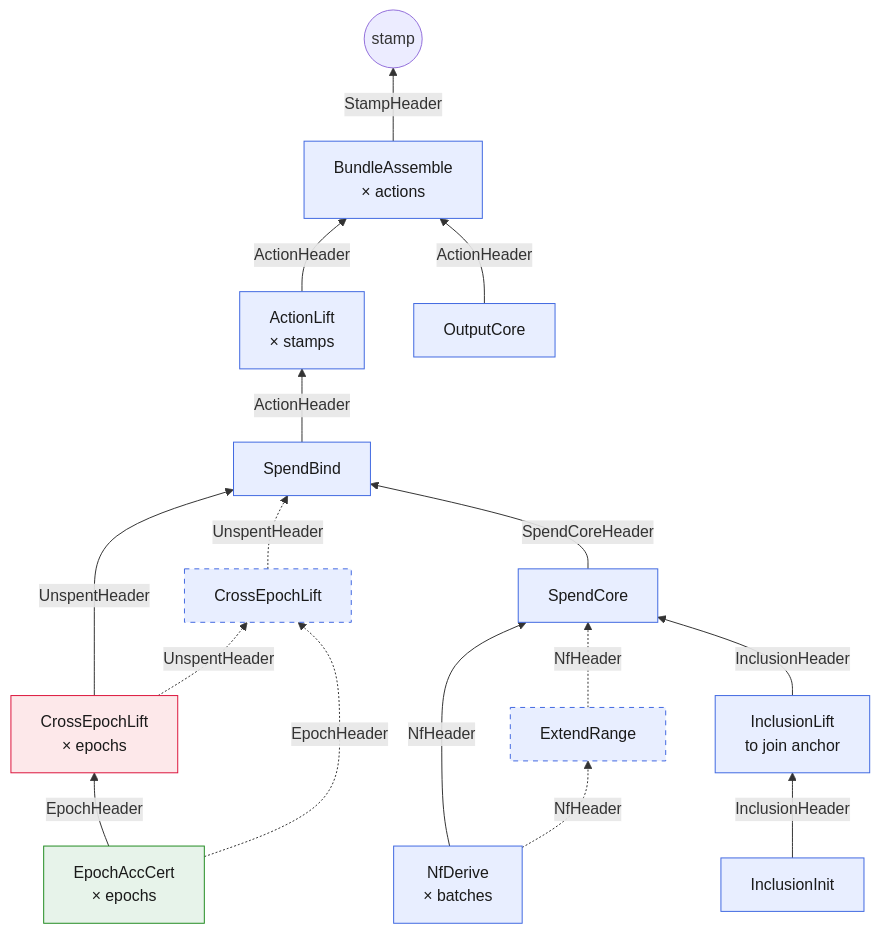
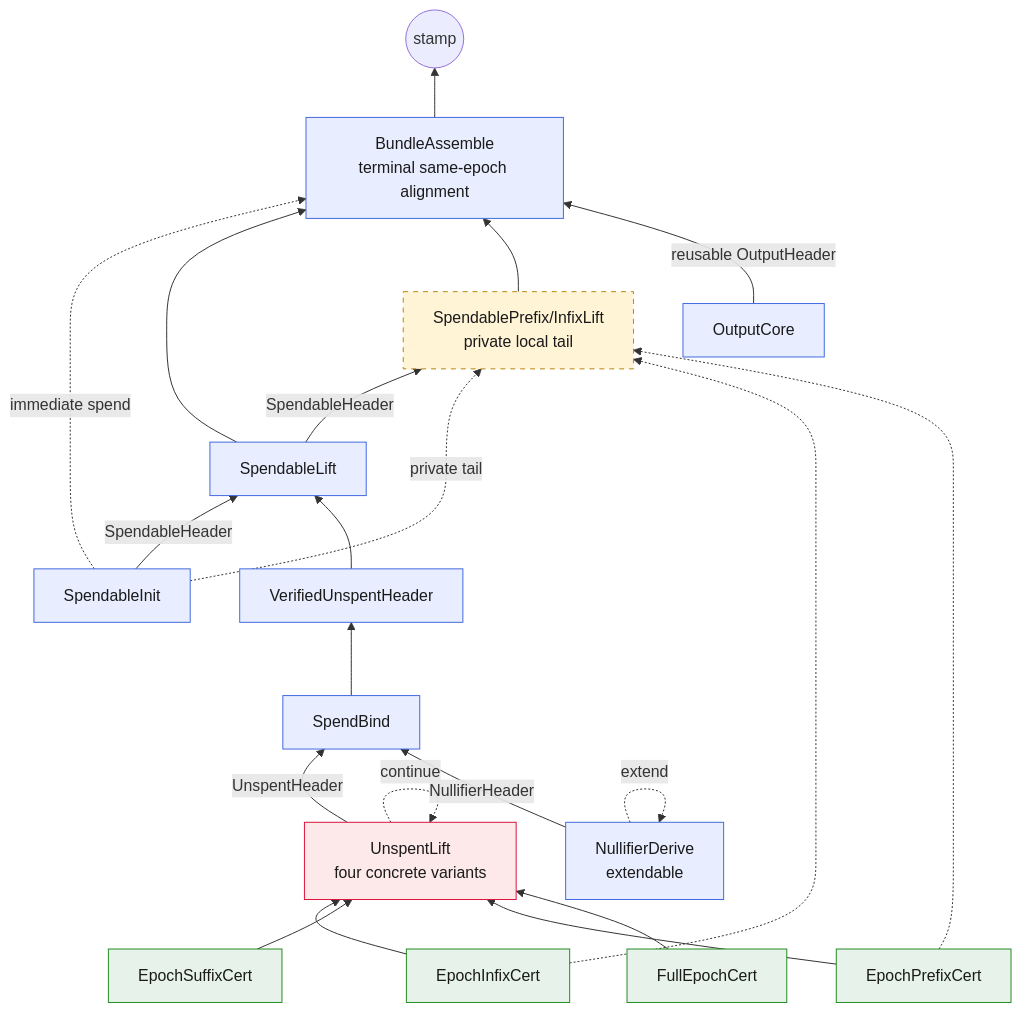
The first of 2 diagrams in book/src/revisit.md (tachyon-zcash/tachyon), drawn with Mermaid before and after one commit. The commit also changed other lines of this file, not shown here.

````diff
--- a/book/src/revisit.md
+++ b/book/src/revisit.md
@@ -1579,40 +1589,47 @@
 ```mermaid
 flowchart BT
   classDef u fill:#e8eeff,stroke:#4169E1,color:#1a1a1a;
   classDef o fill:#fde8ea,stroke:#DC143C,color:#1a1a1a;
   classDef s fill:#e7f3ea,stroke:#228B22,color:#1a1a1a;
-  classDef optional fill:#e8eeff,stroke:#4169E1,color:#1a1a1a,stroke-dasharray:5 5;
+  classDef optional fill:#fff4d6,stroke:#b8860b,color:#1a1a1a,stroke-dasharray:5 5;
 
-  eacc["EpochAccCert<br/>× epochs"]:::s
+  nfd["NullifierDerive<br/>extendable"]:::u
+  einfix["EpochInfixCert"]:::s
+  esuffix["EpochSuffixCert"]:::s
+  eprefix["EpochPrefixCert"]:::s
+  efull["FullEpochCert"]:::s
+  ulift["UnspentLift<br/>four concrete variants"]:::o
+  sbind["SpendBind"]:::u
+  vuh["VerifiedUnspentHeader"]:::u
 
-  nfderive["NfDerive<br/>× batches"]:::u
-  extend[ExtendRange]:::optional
-  uinit[InclusionInit]:::u
-  ilift["InclusionLift<br/>to join anchor"]:::u
-  score[SpendCore]:::u
-  xoss["CrossEpochLift<br/>× epochs"]:::o
-  xextend["CrossEpochLift<br/>"]:::optional
-  sbind[SpendBind]:::u
-  alift["ActionLift<br/>× stamps"]:::u
-  ocore[OutputCore]:::u
-  bmerge["BundleAssemble<br/>× actions"]:::u
+  sinit["SpendableInit"]:::u
+  slift["SpendableLift"]:::u
+  direct["SpendablePrefix/InfixLift<br/>private local tail"]:::optional
+
+  ocore["OutputCore"]:::u
+  assemble["BundleAssemble<br/>terminal same-epoch alignment"]:::u
   stamp((stamp))
 
-  nfderive -->|NfHeader| score
-  nfderive -.->|NfHeader| extend
-  extend -.->|NfHeader| score
-  uinit -->|InclusionHeader| ilift
-  ilift -->|InclusionHeader| score
+  einfix --> ulift
+  esuffix --> ulift
+  eprefix --> ulift
+  efull --> ulift
+  ulift -. continue .-> ulift
+  nfd -. extend .-> nfd
+  ulift -->|UnspentHeader| sbind
+  nfd -->|NullifierHeader| sbind
+  sbind --> vuh
 
-  eacc -->|EpochHeader| xoss
-  xoss -->|UnspentHeader| sbind
-  xoss -.->|UnspentHeader| xextend
-  eacc -.->|EpochHeader| xextend
-  xextend -.->|UnspentHeader| sbind
-  score -->|SpendCoreHeader| sbind
+  sinit -->|SpendableHeader| slift
+  vuh --> slift
+  slift -->|SpendableHeader| direct
+  sinit -. private tail .-> direct
+  einfix -.-> direct
+  eprefix -.-> direct
 
-  sbind -->|ActionHeader| alift
-  alift -->|ActionHeader| bmerge
-  ocore -->|ActionHeader| bmerge
-  bmerge -->|StampHeader| stamp
+  sinit -. immediate spend .-> assemble
+  slift --> assemble
+  direct --> assemble
+  ocore -->|reusable OutputHeader| assemble
+  assemble --> stamp
 ```
````
